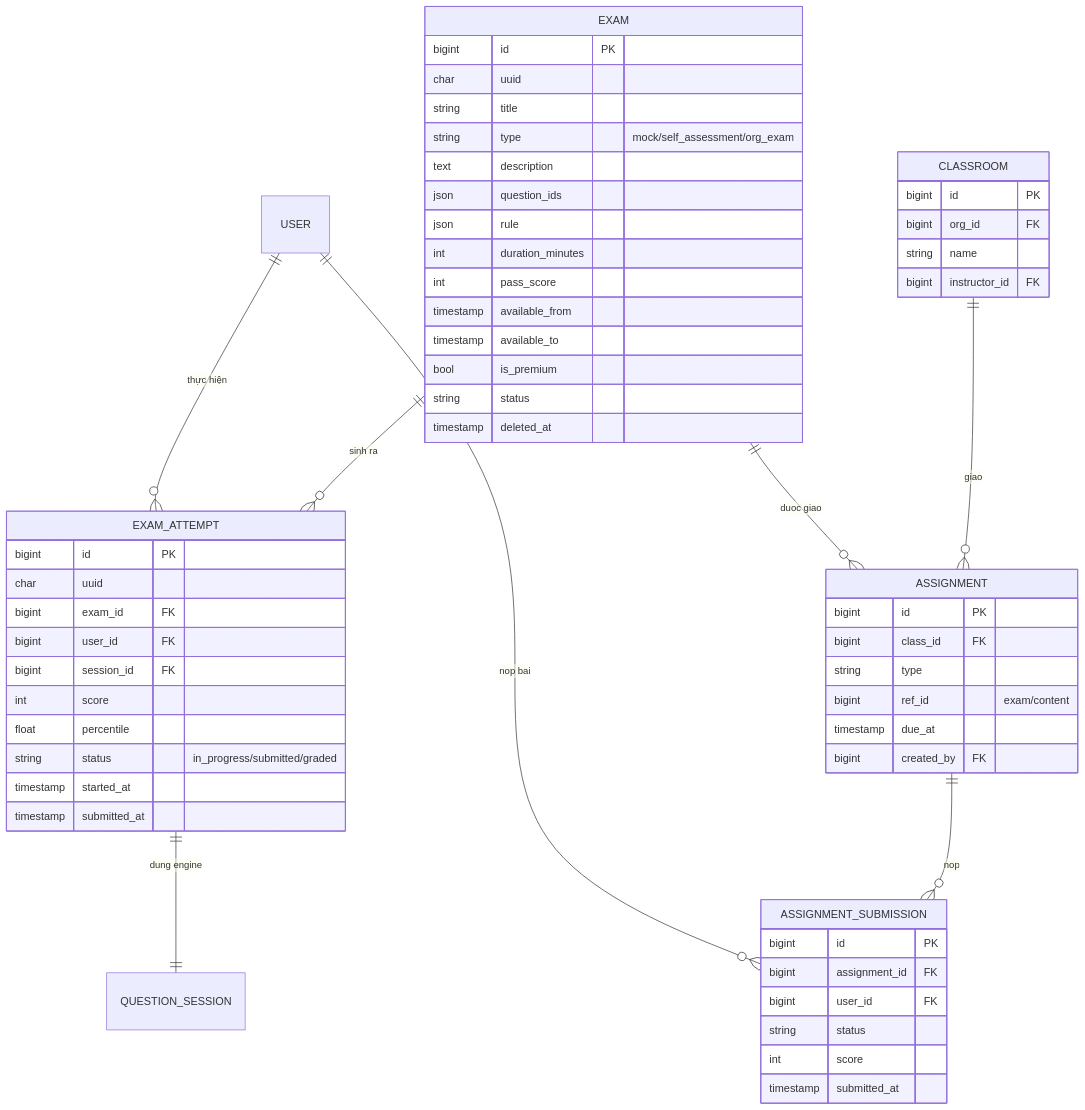
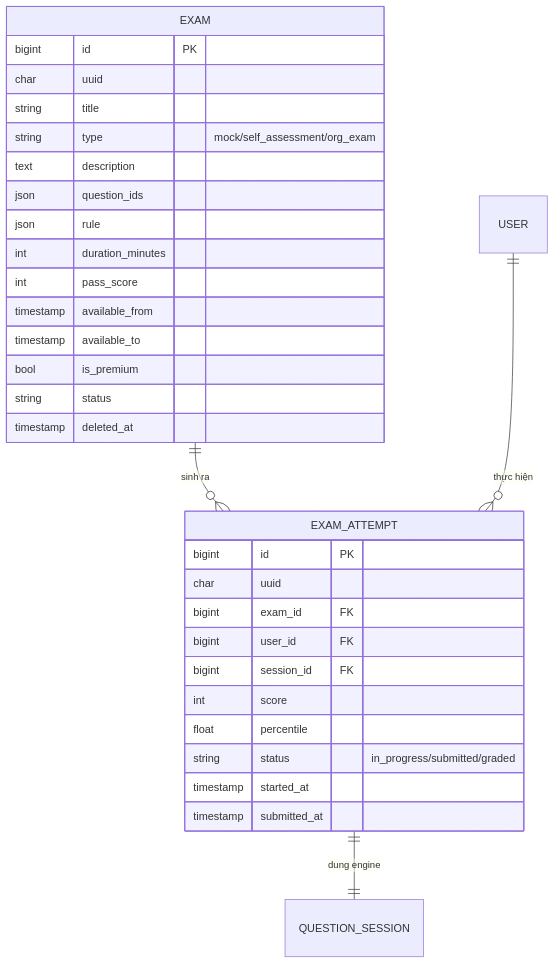
Before and after one commit to HongQuanIT/du-an-y-khoa: the seventh of 9 diagrams in srs/00-nen-tang/10-erd.md, drawn with Mermaid. The commit also changed other lines of this file and 40 other files, not shown here.

````diff
--- a/srs/00-nen-tang/10-erd.md
+++ b/srs/00-nen-tang/10-erd.md
@@ -523,61 +502,35 @@
 ```mermaid
 erDiagram
     EXAM ||--o{ EXAM_ATTEMPT : "sinh ra"
     USER ||--o{ EXAM_ATTEMPT : "thực hiện"
     EXAM_ATTEMPT ||--|| QUESTION_SESSION : "dung engine"
-    CLASSROOM ||--o{ ASSIGNMENT : "giao"
-    EXAM ||--o{ ASSIGNMENT : "duoc giao"
-    ASSIGNMENT ||--o{ ASSIGNMENT_SUBMISSION : "nop"
-    USER ||--o{ ASSIGNMENT_SUBMISSION : "nop bai"
 
     EXAM {
         bigint id PK
         char uuid
         string title
         string type "mock/self_assessment/org_exam"
         text description
         json question_ids
         json rule
         int duration_minutes
         int pass_score
         timestamp available_from
         timestamp available_to
         bool is_premium
         string status
         timestamp deleted_at
     }
     EXAM_ATTEMPT {
         bigint id PK
         char uuid
         bigint exam_id FK
         bigint user_id FK
         bigint session_id FK
         int score
         float percentile
         string status "in_progress/submitted/graded"
         timestamp started_at
         timestamp submitted_at
     }
-    CLASSROOM {
-        bigint id PK
-        bigint org_id FK
-        string name
-        bigint instructor_id FK
-    }
-    ASSIGNMENT {
-        bigint id PK
-        bigint class_id FK
-        string type
-        bigint ref_id "exam/content"
-        timestamp due_at
-        bigint created_by FK
-    }
-    ASSIGNMENT_SUBMISSION {
-        bigint id PK
-        bigint assignment_id FK
-        bigint user_id FK
-        string status
-        int score
-        timestamp submitted_at
-    }
 ```
````
